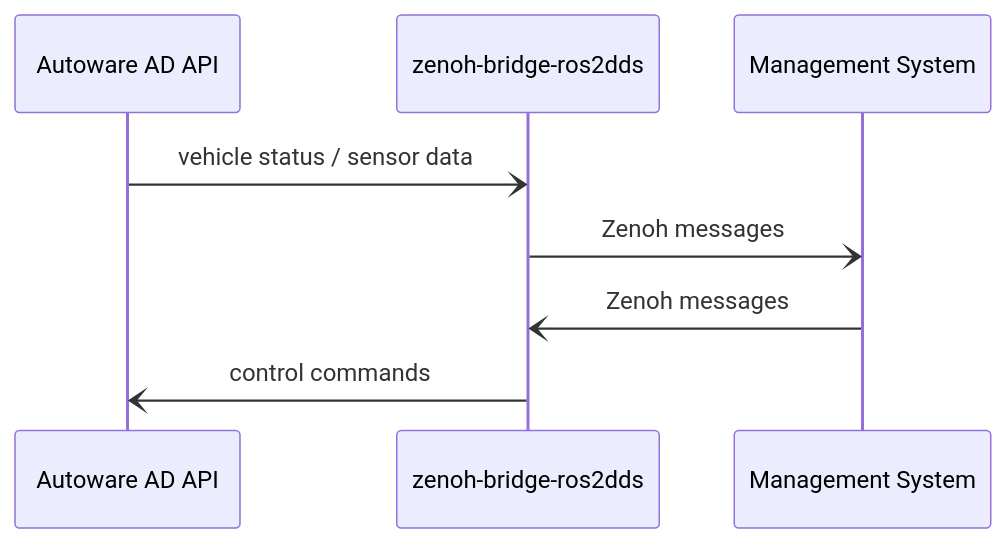
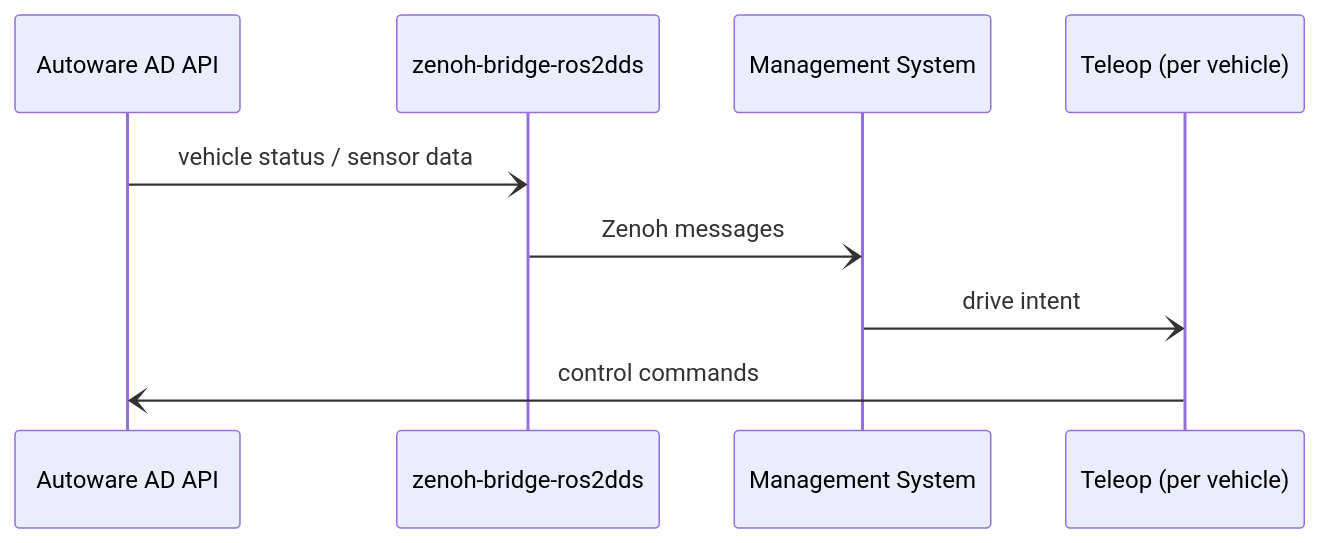
Before and after one commit to evshary/zenoh_autoware_fms: the diagram in README.md, drawn with Mermaid. The commit also changed other lines of this file and 2 other files, not shown here.

````diff
--- a/README.md
+++ b/README.md
@@ -7,7 +7,7 @@
 ```mermaid
 sequenceDiagram
 Autoware AD API -) zenoh-bridge-ros2dds: vehicle status / sensor data
 zenoh-bridge-ros2dds -) Management System: Zenoh messages
-Management System -) zenoh-bridge-ros2dds: Zenoh messages
-zenoh-bridge-ros2dds -) Autoware AD API: control commands
+Management System -) Teleop (per vehicle): drive intent
+Teleop (per vehicle) -) Autoware AD API: control commands
 ```
````
